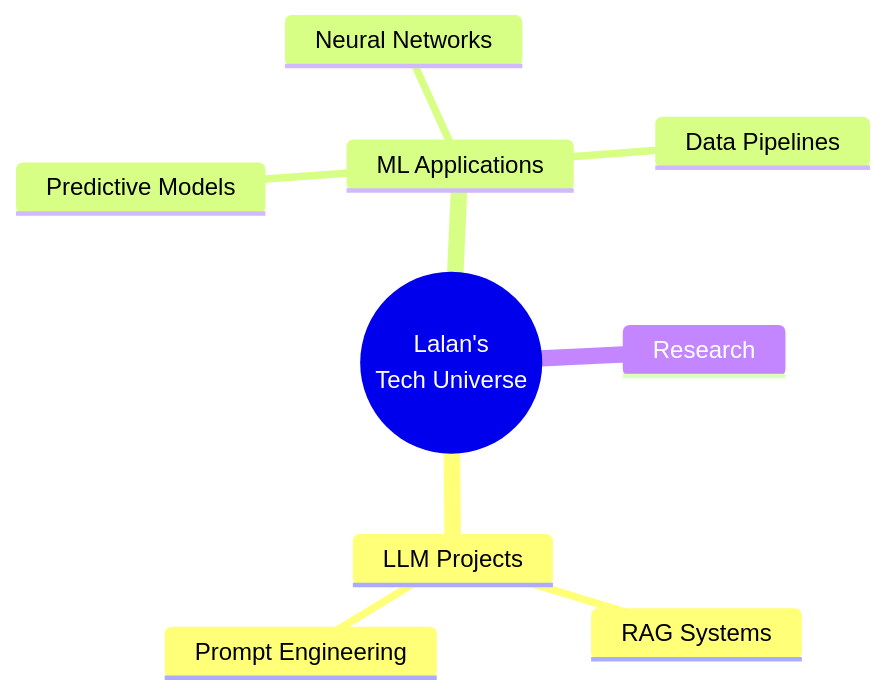
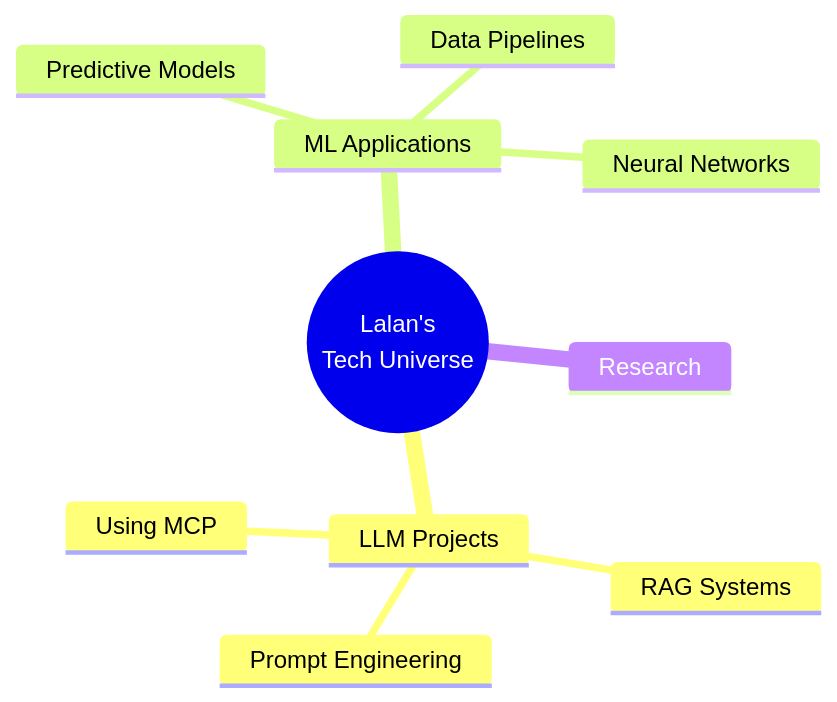
One commit to hihihi-svg/hihihi-svg changed the diagram in README.md. Above: the diagram before and after it, drawn with Mermaid.

````diff
--- a/README.md
+++ b/README.md
@@ -112,12 +112,13 @@
 ```mermaid
 mindmap
   root((Lalan's<br/>Tech Universe))
     LLM Projects
       RAG Systems
       Prompt Engineering
+      Using MCP
     ML Applications
       Predictive Models
       Neural Networks
       Data Pipelines
     Research
 ```
````
